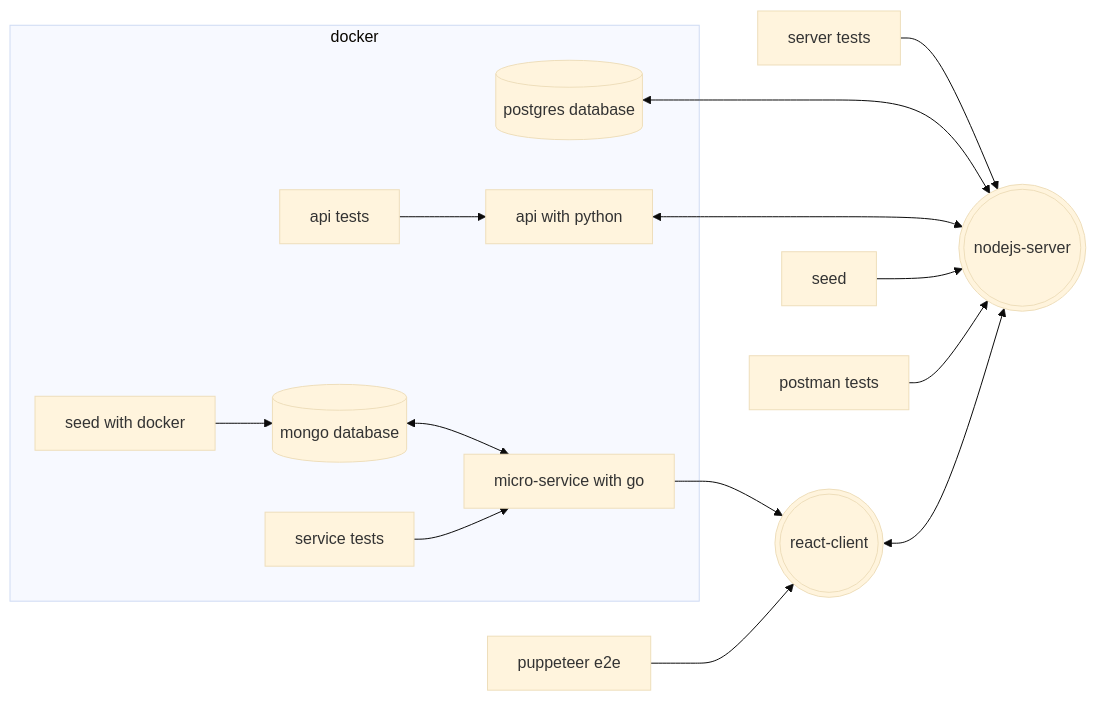
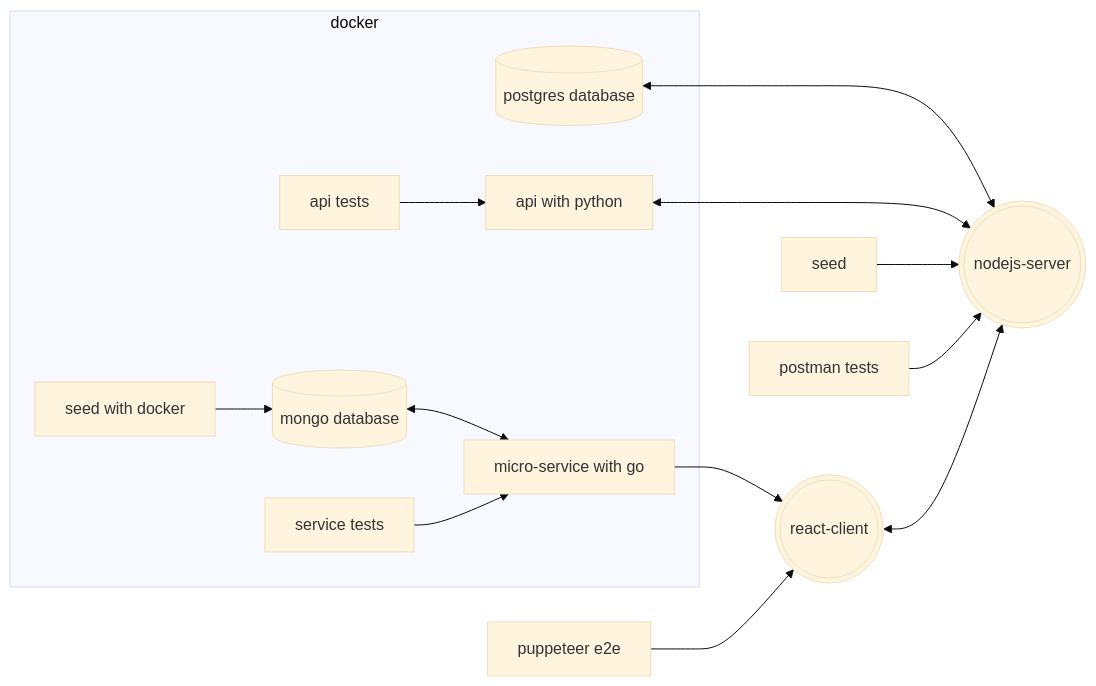
One commit to willemverbuyst/toto-game changed the diagram in README.md. Above: the diagram before and after it, drawn with Mermaid (base theme).

Commit message:
docs: update diagram

````diff
--- a/README.md
+++ b/README.md
@@ -9,34 +9,32 @@
 ```mermaid
 flowchart LR
   A[seed]
   B[(postgres database)]
   C(((nodejs-server)))
   D(((react-client)))
   E[puppeteer e2e]
   F[api with python]
   G[postman tests]
   H[micro-service with go]
   I[(mongo database)]
   J[seed with docker]
   K[api tests]
   L[service tests]
-  M[server tests]
   subgraph docker
   B
   F
   J
   I
   J-->I
   I<-->H
   K-->F
   L-->H
   end
-  M-->C
   B<-->C
   F<-->C
   A-->C
   H-->D
   E-->D
   G-->C
   D<-->C
 ```
````
